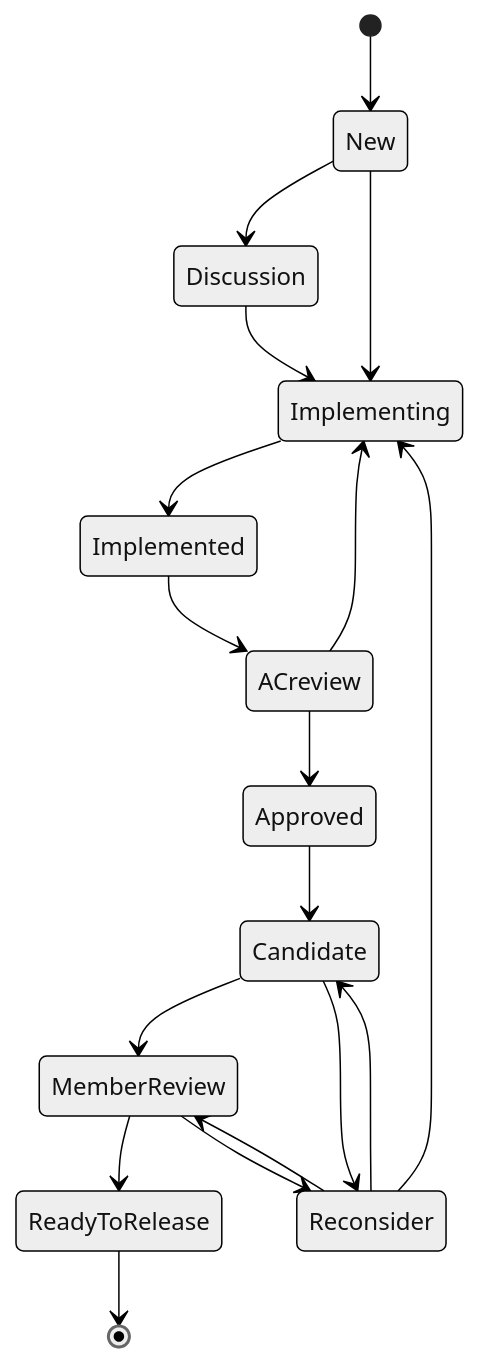
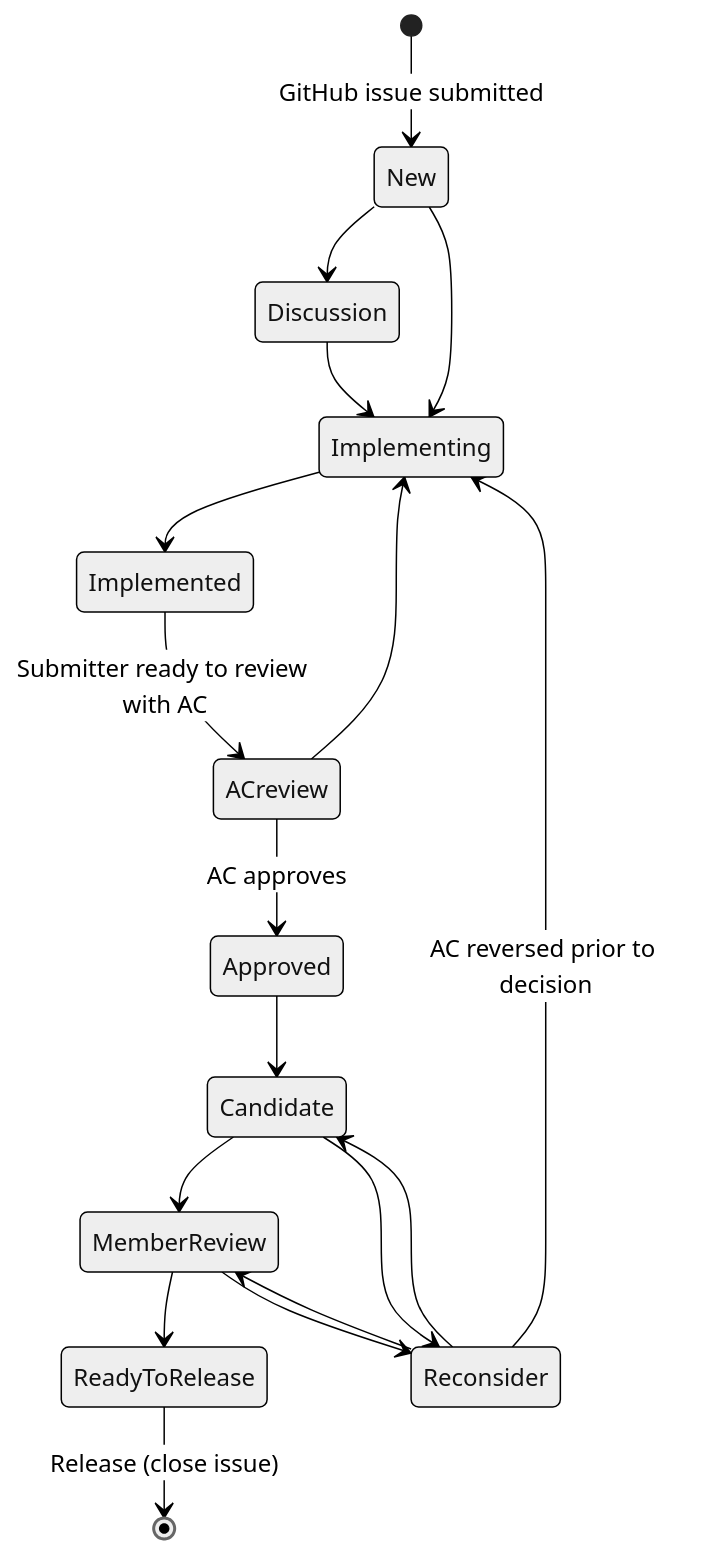
One commit to ADAPT/Standard changed the diagram in README.md. Above: the diagram before and after it, drawn with Mermaid (neutral theme).

Commit message:
Update README.md
Added transition descriptions to state diagram.

````diff
--- a/README.md
+++ b/README.md
@@ -14,20 +14,20 @@
 ```mermaid
 stateDiagram-v2
-        [*] --> New
+        [*] --> New: GitHub issue submitted
         New --> Discussion
         New --> Implementing
         Discussion --> Implementing
         Implementing --> Implemented
-        Implemented --> ACreview
+        Implemented --> ACreview: Submitter ready to review with AC
         ACreview --> Implementing
-        ACreview --> Approved
+        ACreview --> Approved: AC approves
         Approved --> Candidate
         Candidate --> MemberReview
         Candidate --> Reconsider
         Reconsider --> Candidate
         MemberReview --> ReadyToRelease
         MemberReview --> Reconsider
         Reconsider --> MemberReview
-        Reconsider --> Implementing
-        ReadyToRelease --> [*]
+        Reconsider --> Implementing: AC reversed prior to decision
+        ReadyToRelease --> [*]: Release (close issue)
 ```
````
